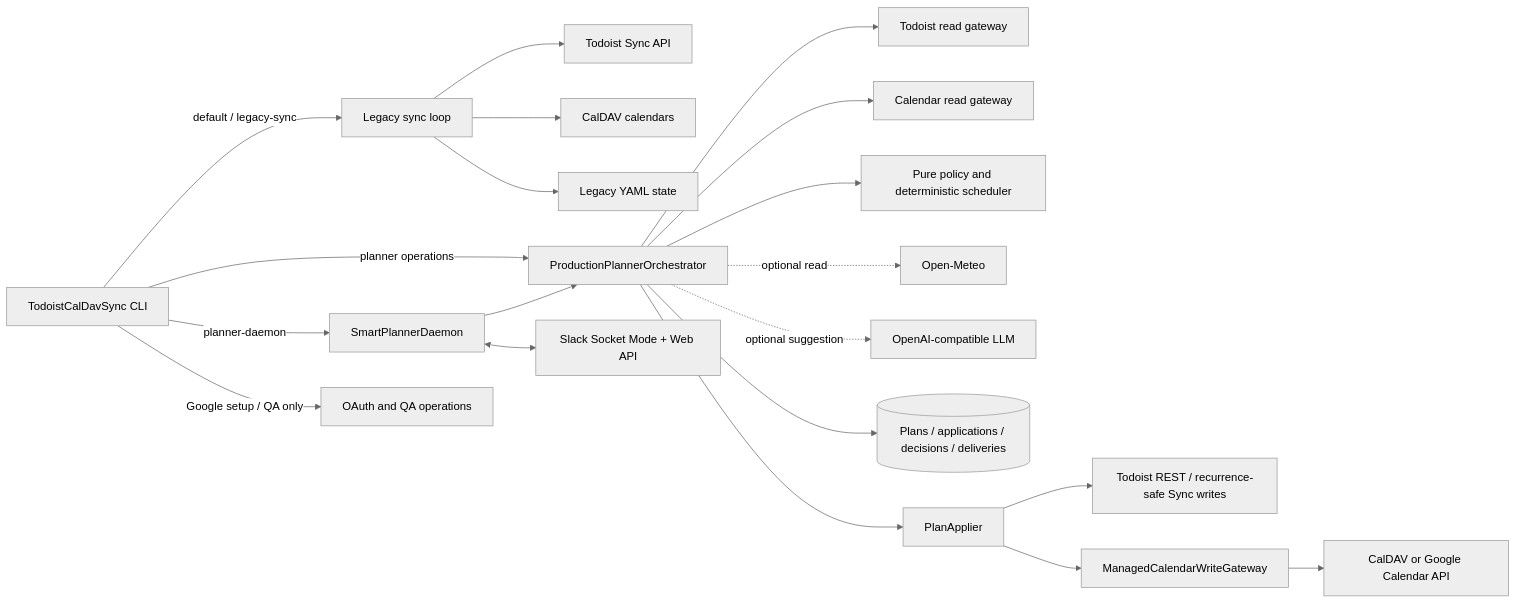
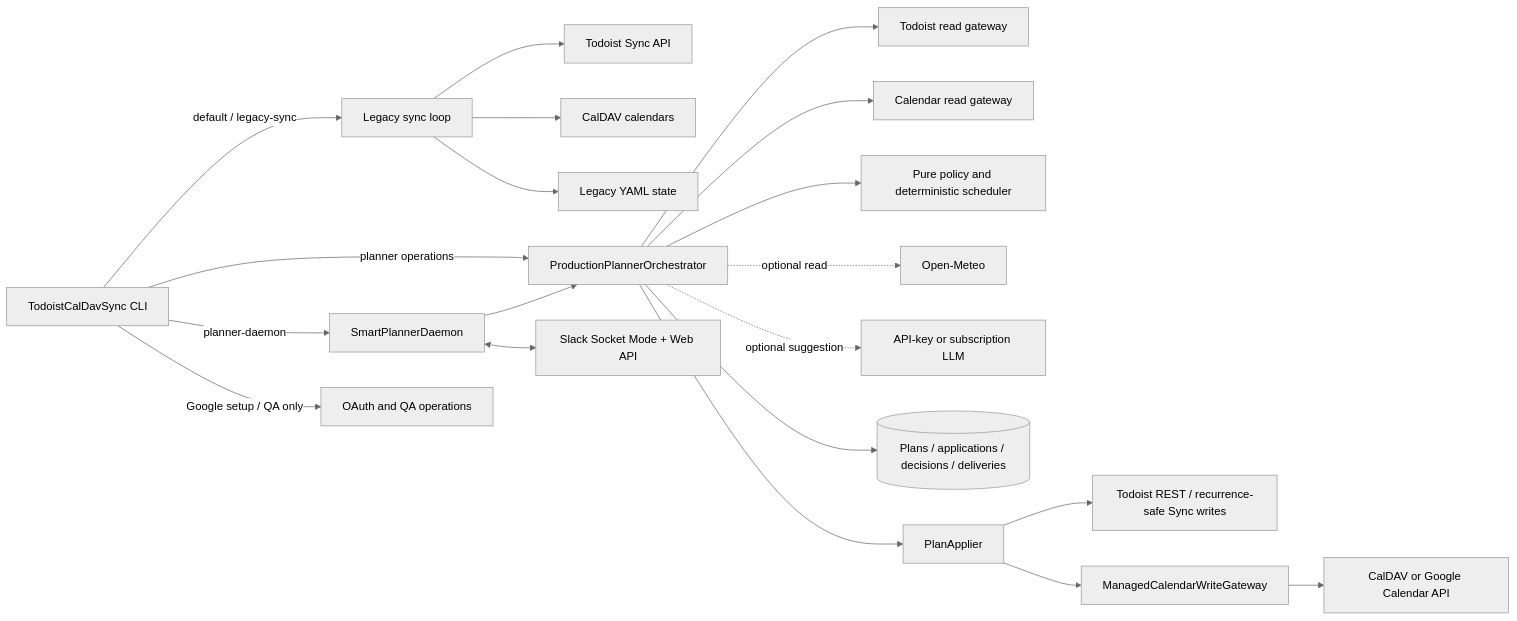
One commit to justinfiore/todoist-calendar-sync changed the first of 9 diagrams in ARCHITECTURE.md. Above: the diagram before and after it, drawn with Mermaid (neutral theme). The commit also changed other lines of this file and 24 other files, not shown here.

````diff
--- a/ARCHITECTURE.md
+++ b/ARCHITECTURE.md
@@ -35,26 +35,26 @@
 ```mermaid
 flowchart LR
     CLI[TodoistCalDavSync CLI] -->|default / legacy-sync| Legacy[Legacy sync loop]
     CLI -->|planner operations| Orch[ProductionPlannerOrchestrator]
     CLI -->|planner-daemon| Daemon[SmartPlannerDaemon]
     CLI -->|Google setup / QA only| OAuth[OAuth and QA operations]
 
     Legacy --> TSync[Todoist Sync API]
     Legacy --> LCal[CalDAV calendars]
     Legacy --> LState[Legacy YAML state]
 
     Daemon --> Orch
     Daemon <--> Slack[Slack Socket Mode + Web API]
 
     Orch --> TRead[Todoist read gateway]
     Orch --> CRead[Calendar read gateway]
     Orch --> Core[Pure policy and deterministic scheduler]
     Orch -. optional read .-> Weather[Open-Meteo]
-    Orch -. optional suggestion .-> AI[OpenAI-compatible LLM]
+    Orch -. optional suggestion .-> AI[API-key or subscription LLM]
     Orch --> Stores[(Plans / applications / decisions / deliveries)]
     Orch --> Apply[PlanApplier]
 
     Apply --> TWrite[Todoist REST / recurrence-safe Sync writes]
     Apply --> Managed[ManagedCalendarWriteGateway]
     Managed --> CWrite[CalDAV or Google Calendar API]
 ```
````
